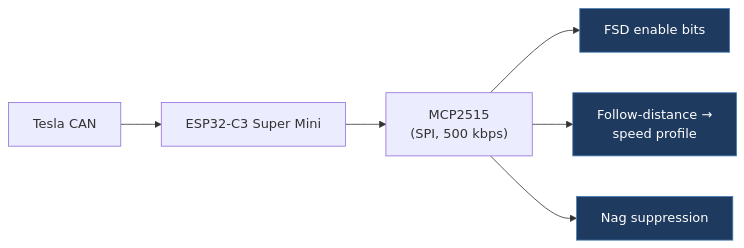
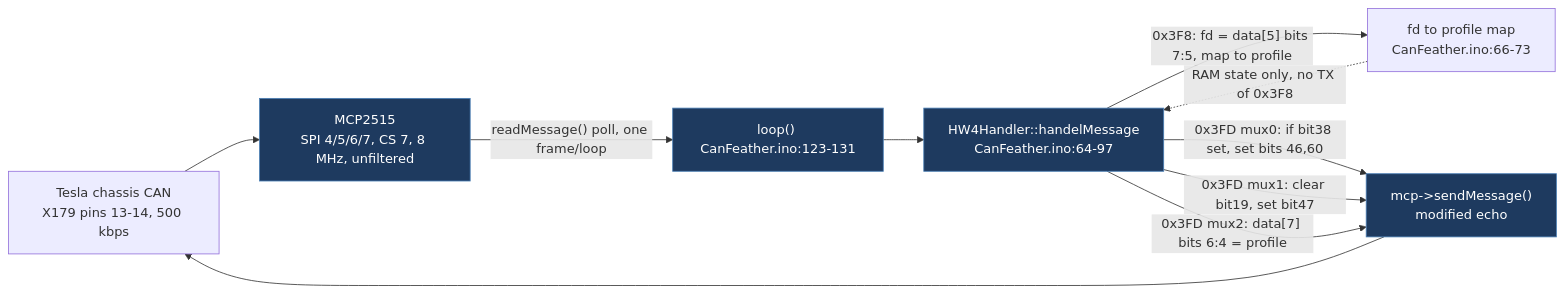
Before and after one commit to babico/TeslaCANModder: the diagram in docs/legacy/binfen1-tesla-fsd-can-mod.md, drawn with Mermaid. The commit also changed other lines of this file and 99 other files, not shown here.

````diff
--- a/docs/legacy/binfen1-tesla-fsd-can-mod.md
+++ b/docs/legacy/binfen1-tesla-fsd-can-mod.md
@@ -26,10 +61,14 @@
 ```mermaid
 flowchart LR
-    Car["Tesla CAN"] --> ESP["ESP32-C3 Super Mini"]
-    ESP --> MCP["MCP2515<br/>(SPI, 500 kbps)"]
-    MCP --> FSD["FSD enable bits"]
-    MCP --> Prof["Follow-distance →<br/>speed profile"]
-    MCP --> Nag["Nag suppression"]
+    Bus["Tesla chassis CAN<br/>X179 pins 13-14, 500 kbps"] --> MCP["MCP2515<br/>SPI 4/5/6/7, CS 7, 8 MHz, unfiltered"]
+    MCP -->|"readMessage() poll, one frame/loop"| Loop["loop() CanFeather.ino:123-131"]
+    Loop --> H["HW4Handler::handelMessage<br/>CanFeather.ino:64-97"]
+    H -->|"0x3F8: fd = data[5] bits 7:5, map to profile"| Map["fd to profile map<br/>CanFeather.ino:66-73"]
+    Map -.->|"RAM state only, no TX of 0x3F8"| H
+    H -->|"0x3FD mux0: if bit38 set, set bits 46,60"| TX["mcp->sendMessage()<br/>modified echo"]
+    H -->|"0x3FD mux1: clear bit19, set bit47"| TX
+    H -->|"0x3FD mux2: data[7] bits 6:4 = profile"| TX
+    TX --> Bus
     classDef path fill:#1e3a5f,stroke:#4a7fb5,color:#fff
-    class FSD,Prof,Nag path
+    class MCP,Loop,H,TX path
 ```
````
